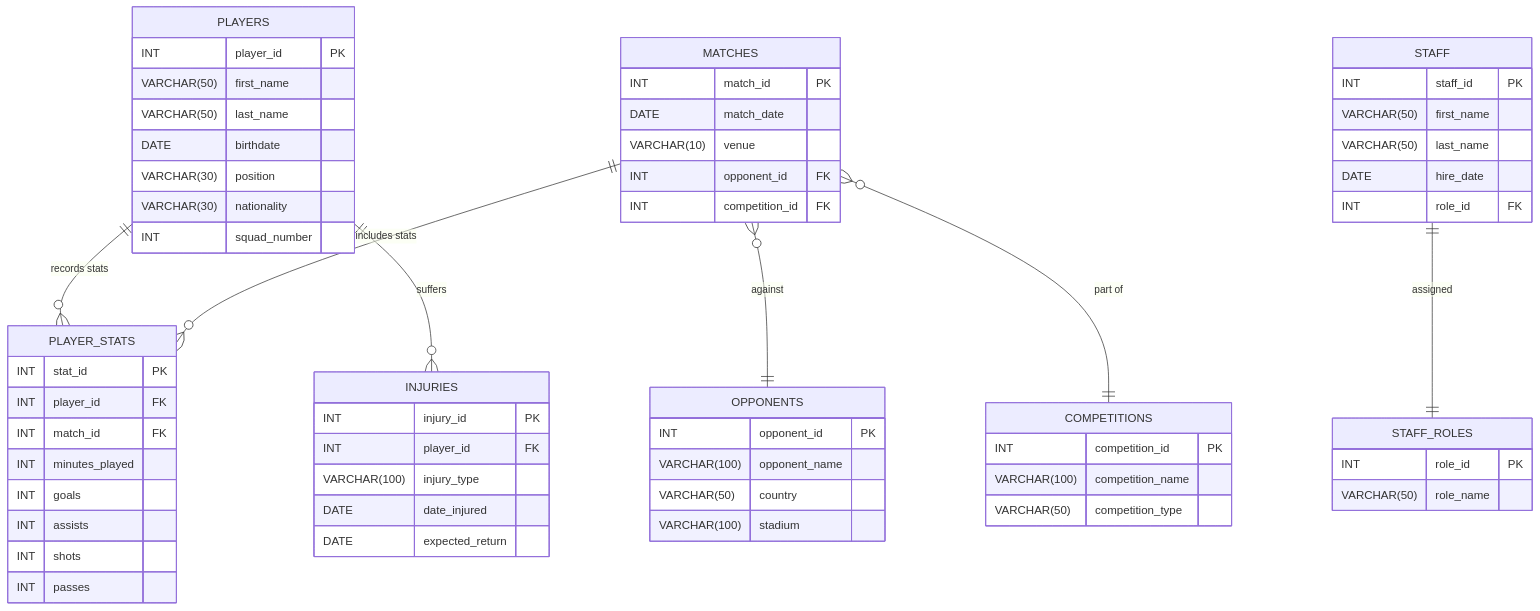
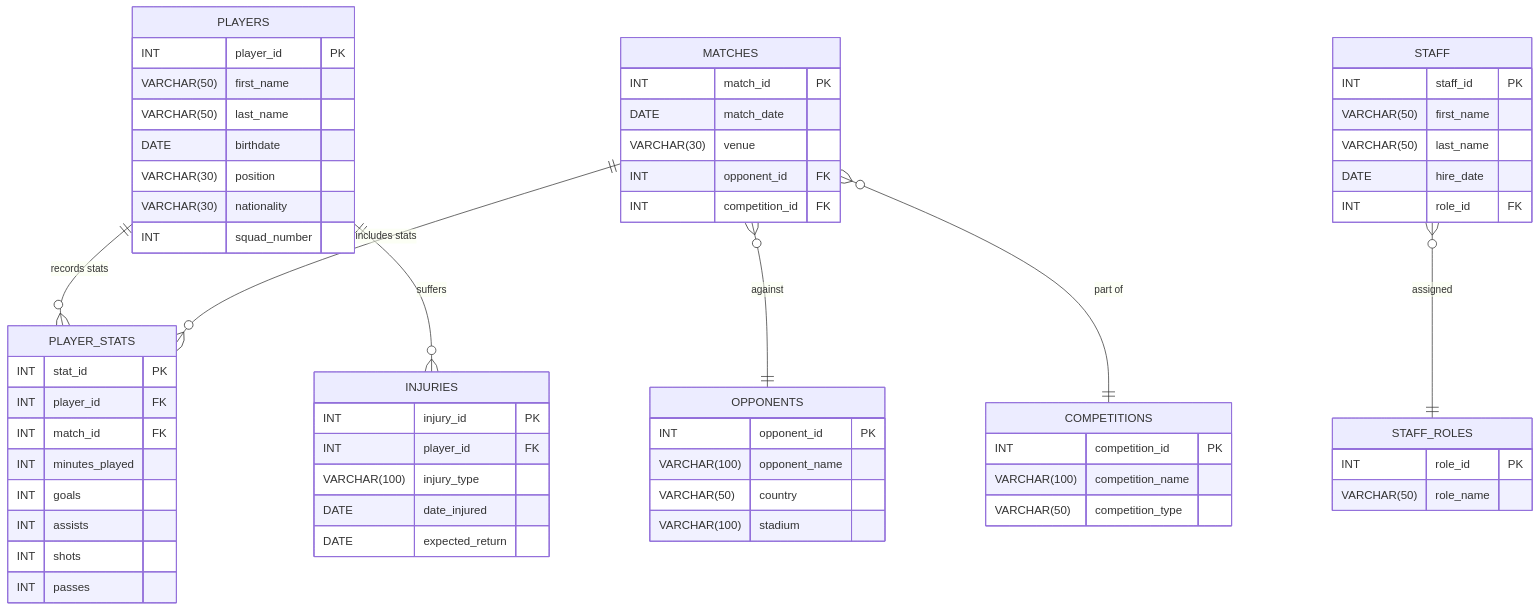
One commit to nfarinha2025/Database_Project changed the diagram in README.md. Above: the diagram before and after it, drawn with Mermaid. The commit also changed other lines of this file, not shown here.

````diff
--- a/README.md
+++ b/README.md
@@ -17,72 +17,72 @@
 ``` mermaid
 erDiagram
     PLAYERS {
         INT player_id PK
         VARCHAR(50) first_name
         VARCHAR(50) last_name
         DATE birthdate
         VARCHAR(30) position
         VARCHAR(30) nationality
         INT squad_number
     }
 
     MATCHES {
         INT match_id PK
         DATE match_date
-        VARCHAR(10) venue
+        VARCHAR(30) venue
         INT opponent_id FK
         INT competition_id FK
     }
 
     PLAYER_STATS {
         INT stat_id PK
         INT player_id FK
         INT match_id FK
         INT minutes_played
         INT goals
         INT assists
         INT shots
         INT passes
     }
 
     INJURIES {
         INT injury_id PK
         INT player_id FK
         VARCHAR(100) injury_type
         DATE date_injured
         DATE expected_return
     }
 
     STAFF {
         INT staff_id PK
         VARCHAR(50) first_name
         VARCHAR(50) last_name
         DATE hire_date
         INT role_id FK
     }
 
     STAFF_ROLES {
         INT role_id PK
         VARCHAR(50) role_name
     }
 
     OPPONENTS {
         INT opponent_id PK
         VARCHAR(100) opponent_name
         VARCHAR(50) country
         VARCHAR(100) stadium
     }
 
     COMPETITIONS {
         INT competition_id PK
         VARCHAR(100) competition_name
         VARCHAR(50) competition_type
     }
 
     PLAYERS ||--o{ PLAYER_STATS : "records stats"
     MATCHES ||--o{ PLAYER_STATS : "includes stats"
     PLAYERS ||--o{ INJURIES : "suffers"
-    STAFF   ||--|| STAFF_ROLES : "assigned"
+    STAFF }o--|| STAFF_ROLES : "assigned"
     MATCHES }o--|| OPPONENTS : "against"
     MATCHES }o--|| COMPETITIONS : "part of"
 ```
````
